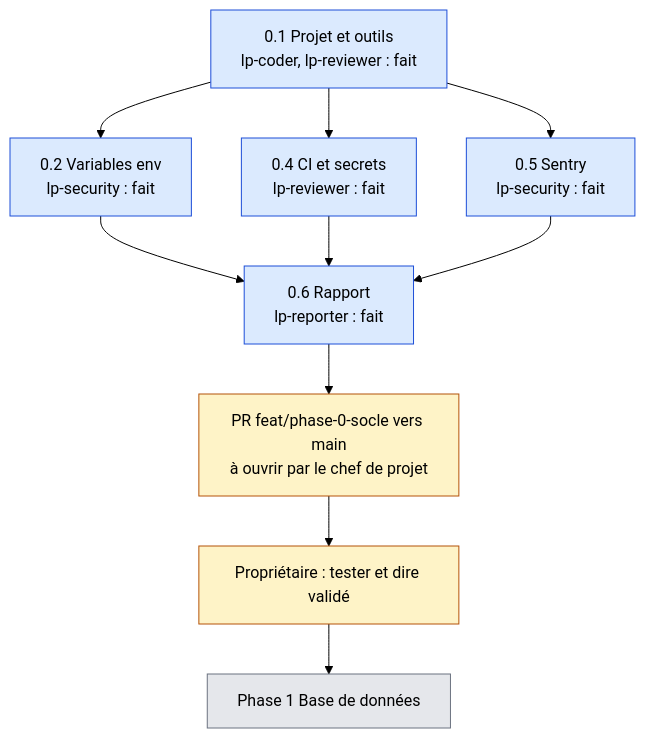
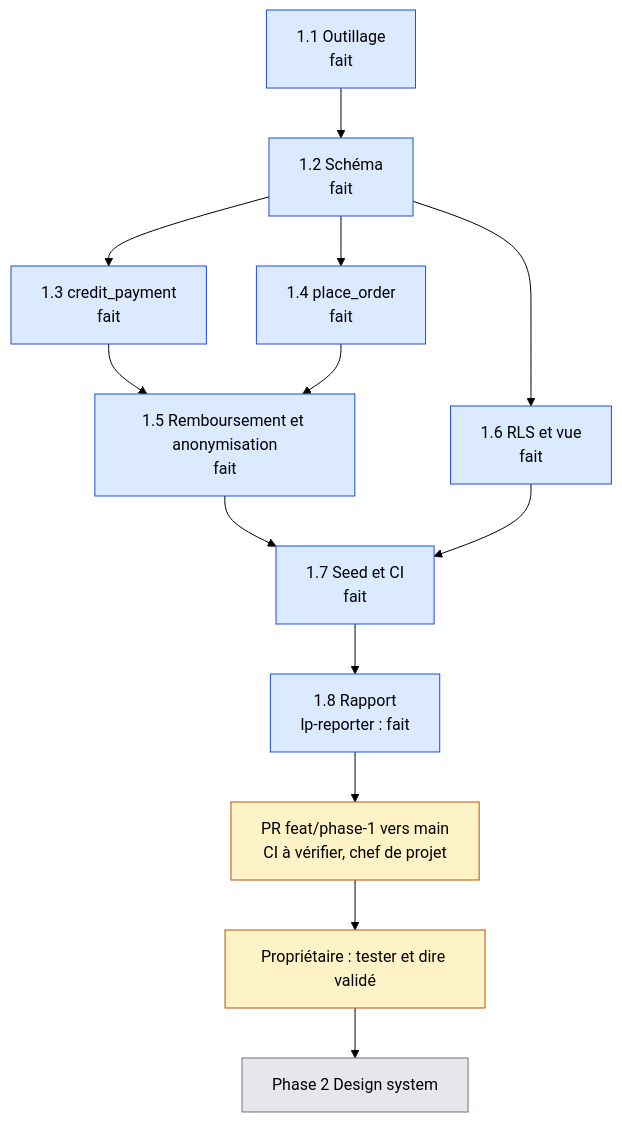
The fourth of 5 diagrams in docs/reports/TABLEAU-DE-BORD.md (lyon32/lyonpanel), drawn with Mermaid (forest theme) before and after one commit. The commit also changed other lines of this file and 12 other files, not shown here.

````diff
--- a/docs/reports/TABLEAU-DE-BORD.md
+++ b/docs/reports/TABLEAU-DE-BORD.md
@@ -86,18 +93,21 @@
 ```mermaid
 flowchart TD
-  T01["0.1 Projet et outils<br/>lp-coder, lp-reviewer : fait"] --> T02["0.2 Variables env<br/>lp-security : fait"]
-  T01 --> T04["0.4 CI et secrets<br/>lp-reviewer : fait"]
-  T01 --> T05["0.5 Sentry<br/>lp-security : fait"]
-  T02 --> T06["0.6 Rapport<br/>lp-reporter : fait"]
-  T04 --> T06
-  T05 --> T06
-  T06 --> PR["PR feat/phase-0-socle vers main<br/>à ouvrir par le chef de projet"]
+  T11["1.1 Outillage<br/>fait"] --> T12["1.2 Schéma<br/>fait"]
+  T12 --> T13["1.3 credit_payment<br/>fait"]
+  T12 --> T14["1.4 place_order<br/>fait"]
+  T12 --> T16["1.6 RLS et vue<br/>fait"]
+  T13 --> T15["1.5 Remboursement et anonymisation<br/>fait"]
+  T14 --> T15
+  T15 --> T17["1.7 Seed et CI<br/>fait"]
+  T16 --> T17
+  T17 --> T18["1.8 Rapport<br/>lp-reporter : fait"]
+  T18 --> PR["PR feat/phase-1 vers main<br/>CI à vérifier, chef de projet"]
   PR --> OWN["Propriétaire : tester et dire validé"]
-  OWN --> NEXT["Phase 1 Base de données"]
+  OWN --> NEXT["Phase 2 Design system"]
   classDef fait fill:#DBEAFE,stroke:#1D4ED8,color:#000
   classDef attente fill:#FEF3C7,stroke:#B45309,color:#000
   classDef afaire fill:#E5E7EB,stroke:#6B7280,color:#000
-  class T01,T02,T04,T05,T06 fait
+  class T11,T12,T13,T14,T15,T16,T17,T18 fait
   class PR,OWN attente
   class NEXT afaire
 ```
````
